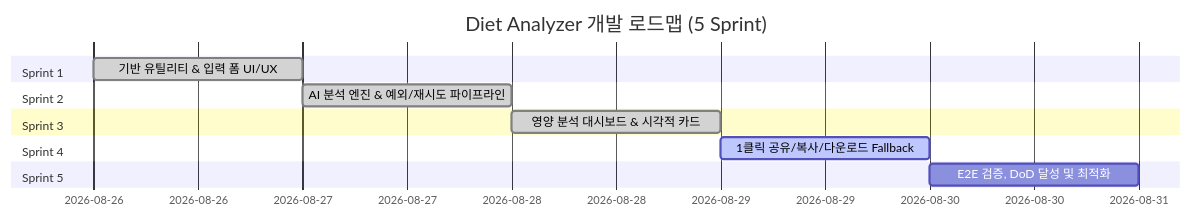
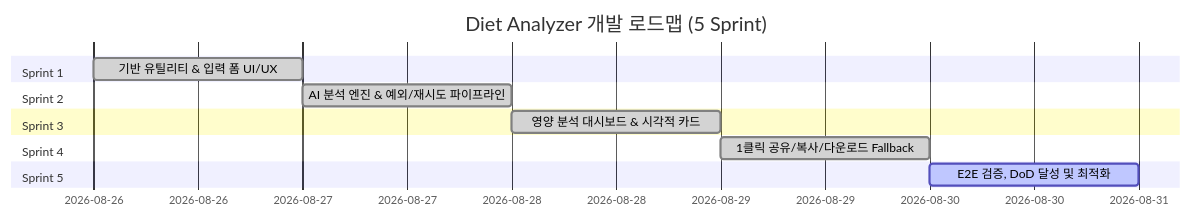
Before and after one commit to dksxogur/diet-analyzer: the diagram in docs/DEVELOPMENT_PLAN.md, drawn with Mermaid. The commit also changed other lines of this file and 6 other files, not shown here.

````diff
--- a/docs/DEVELOPMENT_PLAN.md
+++ b/docs/DEVELOPMENT_PLAN.md
@@ -62,15 +62,15 @@
 ```mermaid
 gantt
     title Diet Analyzer 개발 로드맵 (5 Sprint)
     dateFormat  YYYY-MM-DD
     section Sprint 1
     기반 유틸리티 & 입력 폼 UI/UX       :done, s1, 2026-08-26, 1d
     section Sprint 2
     AI 분석 엔진 & 예외/재시도 파이프라인 :done, s2, after s1, 1d
     section Sprint 3
     영양 분석 대시보드 & 시각적 카드    :done, s3, after s2, 1d
     section Sprint 4
-    1클릭 공유/복사/다운로드 Fallback    :active, s4, after s3, 1d
+    1클릭 공유/복사/다운로드 Fallback    :done, s4, after s3, 1d
     section Sprint 5
-    E2E 검증, DoD 달성 및 최적화        :s5, after s4, 1d
+    E2E 검증, DoD 달성 및 최적화        :active, s5, after s4, 1d
 ```
````
